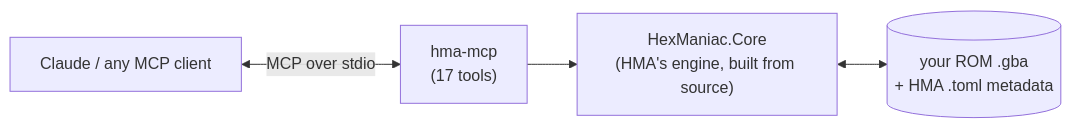
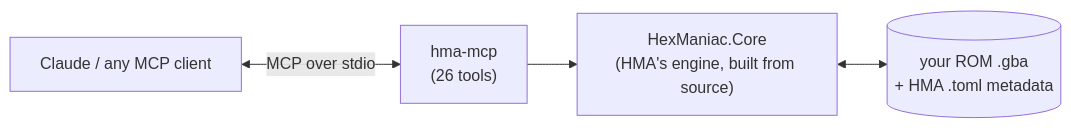
Before and after one commit to dewayneku/hma-mcp: the diagram in README.md, drawn with Mermaid. The commit also changed other lines of this file and 12 other files, not shown here.

First line of the commit message:
Add graphics tools: view_image, import_image, palettes, render_map

````diff
--- a/README.md
+++ b/README.md
@@ -135,6 +140,6 @@
 ```mermaid
 flowchart LR
-    A["Claude / any MCP client"] <-- "MCP over stdio" --> B["hma-mcp<br/>(17 tools)"]
+    A["Claude / any MCP client"] <-- "MCP over stdio" --> B["hma-mcp<br/>(26 tools)"]
     B --> C["HexManiac.Core<br/>(HMA's engine, built from source)"]
     C <--> D[("your ROM .gba<br/>+ HMA .toml metadata")]
 ```
````
